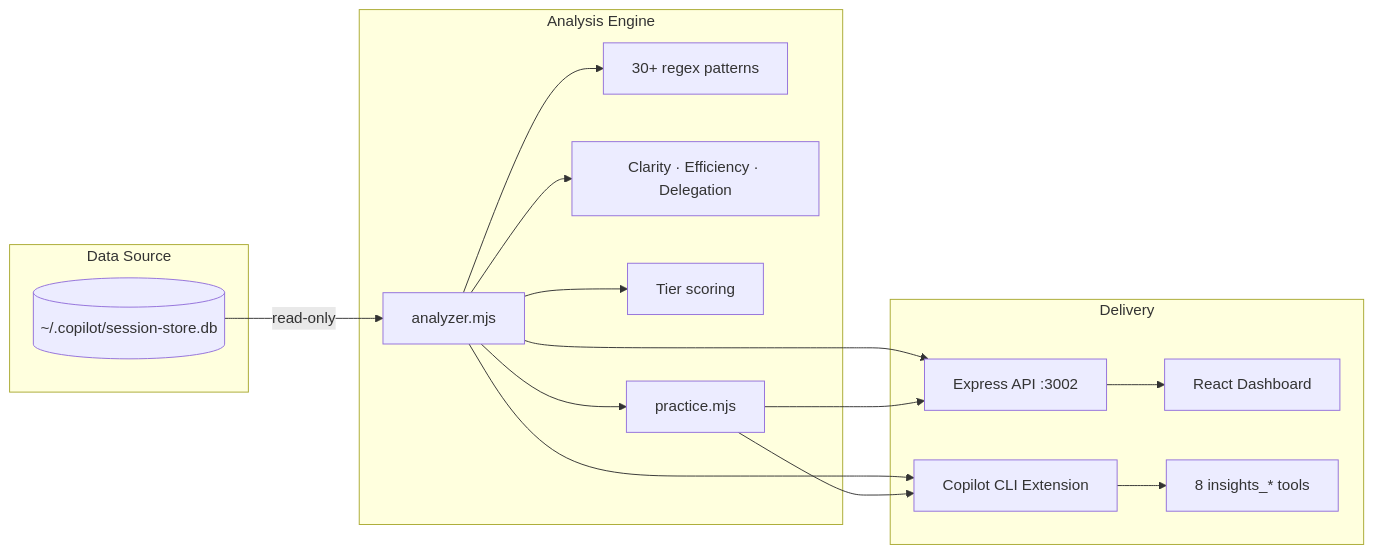
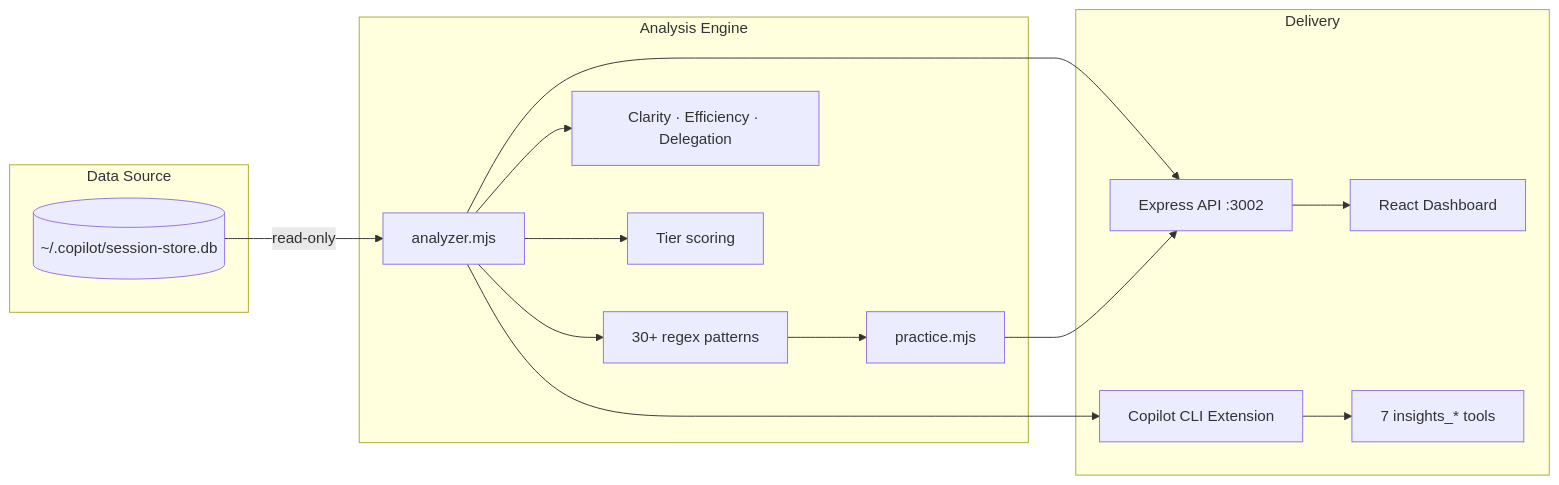
One commit to jackbatzner/copilot-insights changed the diagram in README.md. Above: the diagram before and after it, drawn with Mermaid. The commit also changed other lines of this file and 7 other files, not shown here.

````diff
--- a/README.md
+++ b/README.md
@@ -305,23 +220,22 @@
 ```mermaid
 graph LR
     subgraph "Data Source"
         DB[(~/.copilot/session-store.db)]
     end
 
     subgraph "Analysis Engine"
         DB -->|read-only| Analyzer[analyzer.mjs]
         Analyzer --> Patterns[30+ regex patterns]
         Analyzer --> Pillars[Clarity · Efficiency · Delegation]
         Analyzer --> Tiers[Tier scoring]
-        Analyzer --> Practice[practice.mjs]
+        Patterns --> Practice[practice.mjs]
     end
 
     subgraph "Delivery"
         Analyzer --> API[Express API :3002]
         Practice --> API
         API --> UI[React Dashboard]
         Analyzer --> CLI[Copilot CLI Extension]
-        Practice --> CLI
-        CLI --> Tools[8 insights_* tools]
+        CLI --> Tools[7 insights_* tools]
     end
 ```
````
